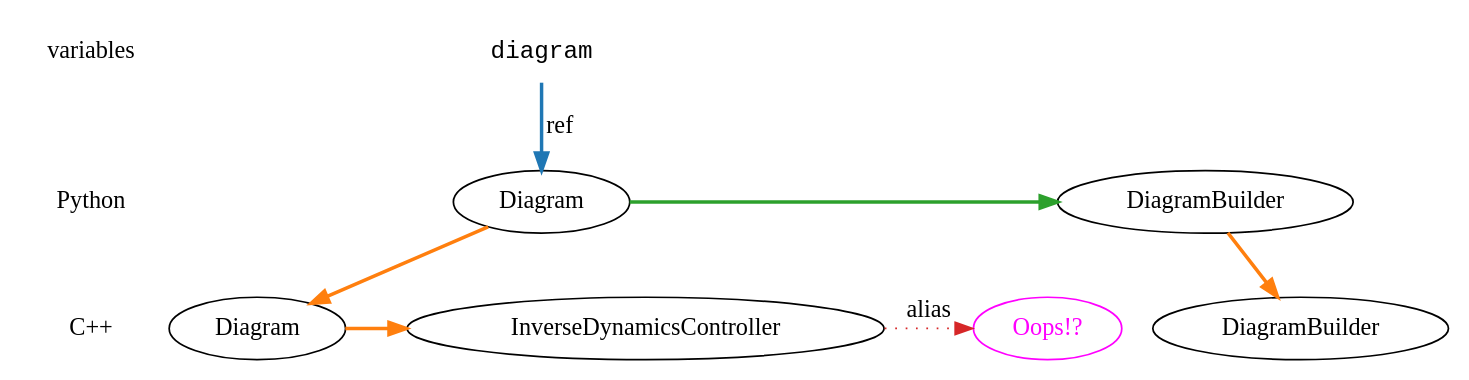
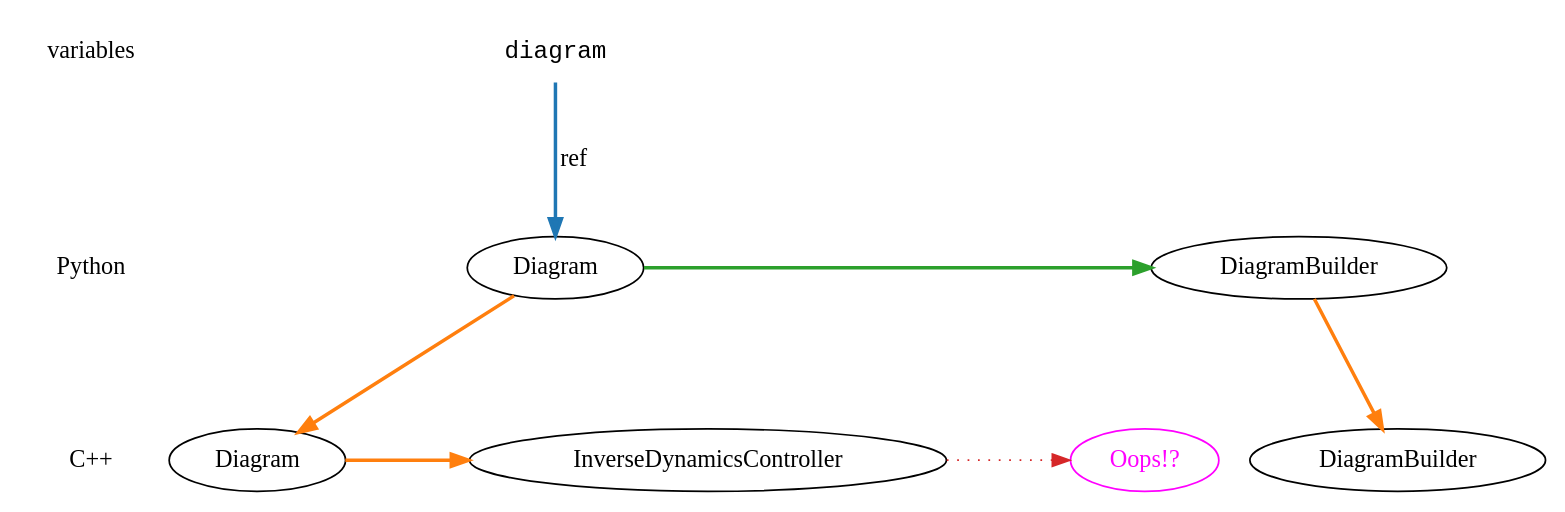
Before and after one commit to rpoyner-tri/drake: the diagram in dot/epoch0.2.dot, drawn with Graphviz. The commit also changed 9 other files, not shown here.

```diff
--- a/dot/epoch0.2.dot
+++ b/dot/epoch0.2.dot
@@ -1,44 +1,45 @@
 digraph G {
+  edge [minlen=2];
   {
     node [shape=plaintext];
     edge [style=invis];
     variables -> Python -> "C++";
   }
   {
     node [shape=plaintext, fontname="Courier"];
     diagram;
   }
   
   pydb [label="DiagramBuilder"];
   cdb [label="DiagramBuilder"];
   cidc [label="InverseDynamicsController"];
   pydgm [label="Diagram"];
   cdgm [label="Diagram"];
   X [label="Oops!?", color="fuchsia", fontcolor="fuchsia"];
   
   { rank = same; variables; diagram; }
   { rank = same; Python; pydb; pydgm; }
   { rank = same; "C++"; cdb; cidc; cdgm; X; }
   
   {
     edge [color="#1F77B4", style=bold];
     diagram -> pydgm [label="ref"];
   }
 
   {
     edge [color="#FF7F0E", style=bold];
     pydb -> cdb;
     pydgm -> cdgm;
     cdgm -> cidc;
   }
   
   {
     edge [color="#2CA02C", style=bold];
     pydgm -> pydb;
   }
 
   {
     edge [color="#D62728", style=dotted];
-    cidc -> X [label="alias"];
+    cidc -> X;
   }
 }
```
